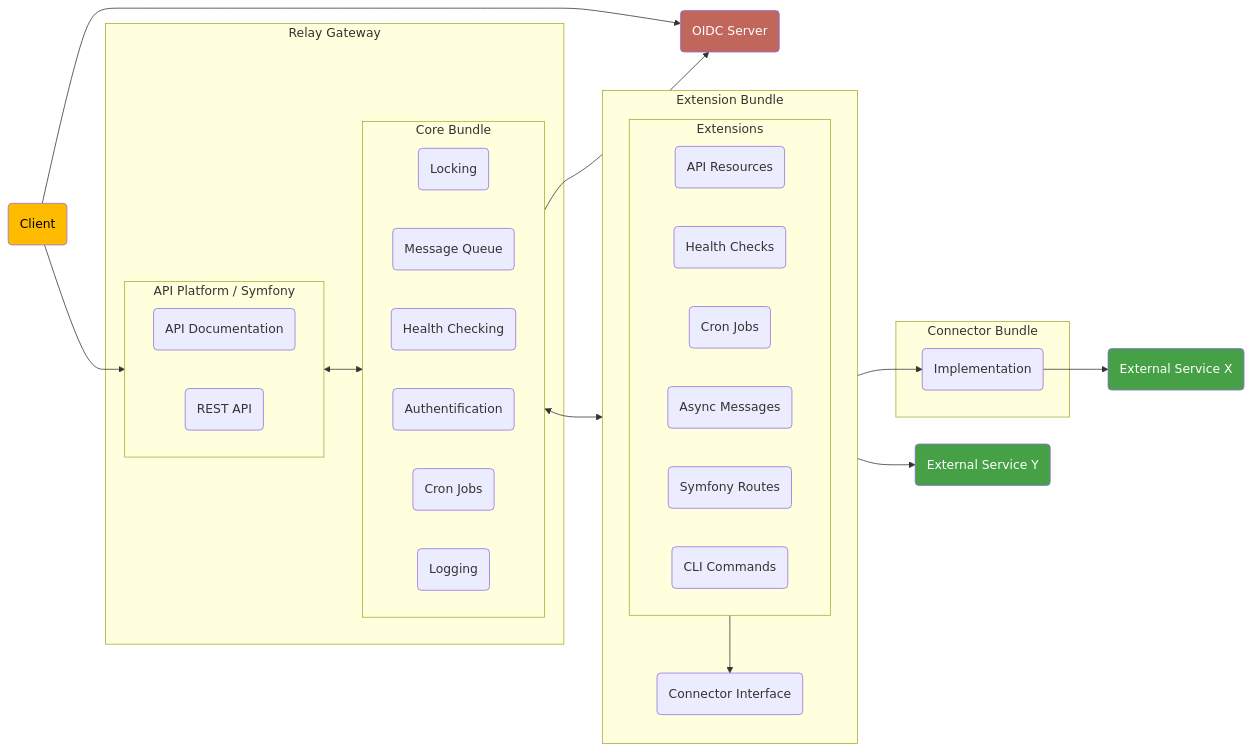
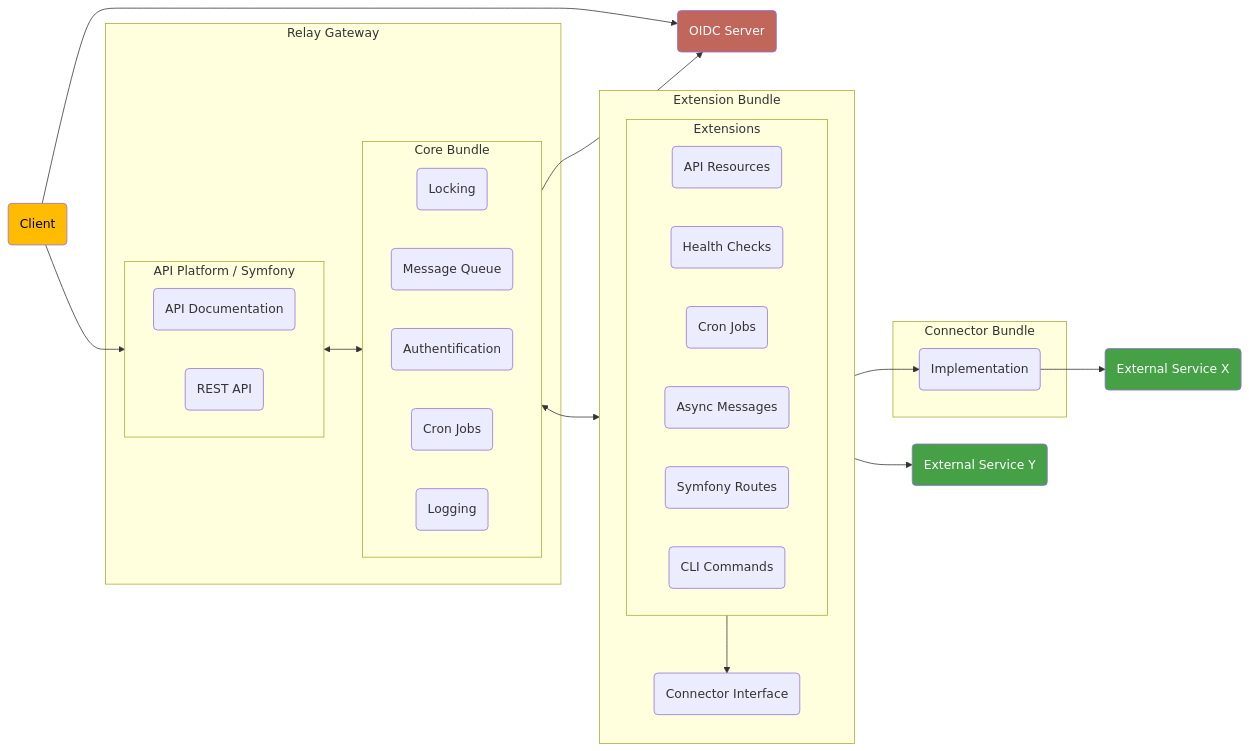
The diagram in docs/relay/dev/index.md (digital-blueprint/handbook), drawn with Mermaid before and after one commit.

Commit message:
remove duplicate node
somewhat, it's implied by the extension node in the bundle

````diff
--- a/docs/relay/dev/index.md
+++ b/docs/relay/dev/index.md
@@ -14,65 +14,64 @@
 ```mermaid
 flowchart LR
     style ext_service1 fill:#46A046,color:#fff
     style ext_service2 fill:#46A046,color:#fff
     style oidc_server fill:#C1665A,color:#fff
     style client fill:#FFBB00,color:#000
 
     client("Client")
     oidc_server("OIDC Server")
 
     subgraph "Relay Gateway"
 
         subgraph api_platform["API Platform / Symfony"]
             direction LR
             api_docs("API Documentation")
             api("REST API")
         end
 
         subgraph core_bundle["Core Bundle"]
             direction LR
             locking("Locking")
             message_queue("Message Queue")
-            health_checking("Health Checking")
             authentfication("Authentification")
             cron_jobs_management("Cron Jobs")
             logging("Logging")
         end
 
     end
 
     api_platform <--> core_bundle
 
     subgraph "Extension Bundle"
         direction TB
         connector_interface("Connector Interface")
 
         subgraph ext_apis["Extensions"]
             direction LR
             entities("API Resources")
             heath_checks("Health Checks")
             cron_jobs("Cron Jobs")
             async_message("Async Messages")
             routes("Symfony Routes")
             cli_commands("CLI Commands")
         end
 
         ext_apis --> connector_interface
     end
 
     subgraph "Connector Bundle"
         impl("Implementation")
     end
 
     ext_apis --> ext_service2
     client --> api_platform
     client --> oidc_server
 
     core_bundle <--> ext_apis
     core_bundle --> oidc_server
     ext_service1("External Service X")
     ext_service2("External Service Y")
 
     impl --> ext_service1
     connector_interface --> impl
 ```
````
